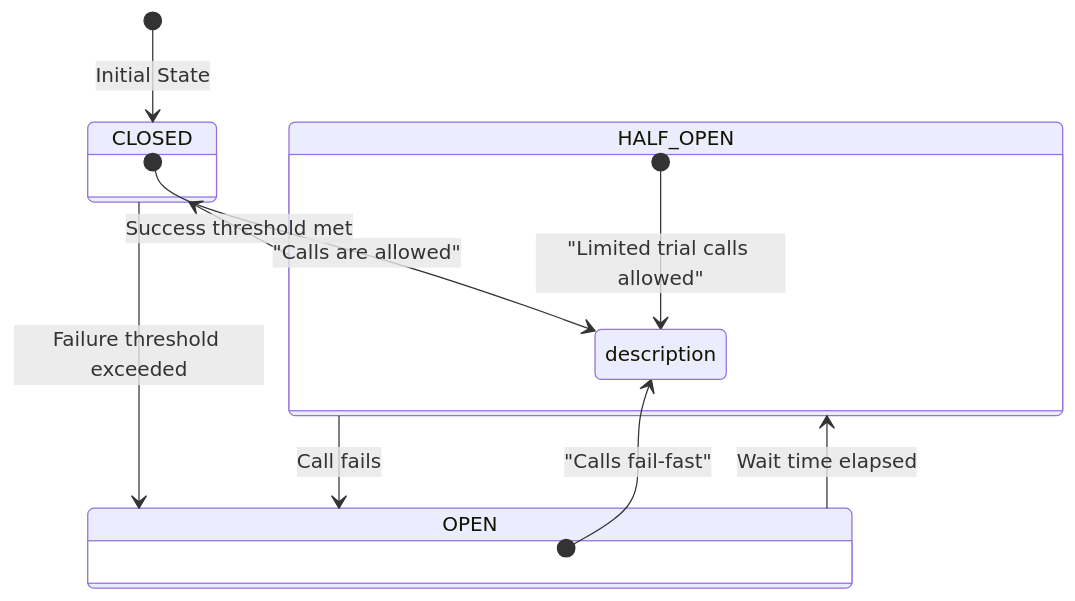
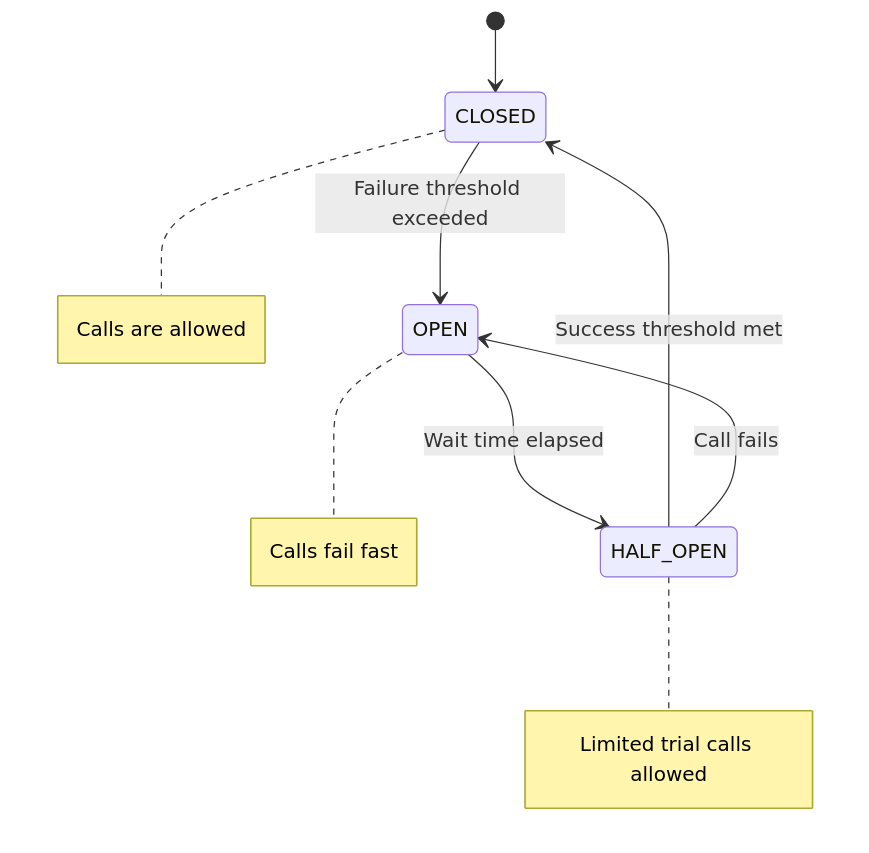
Before and after one commit to nitinkc/nitinkc.github.io: the first of 2 diagrams in _posts/microservices/2025-09-22-resilience4j-spring-boot.md, drawn with Mermaid. The commit also changed 4 other files, not shown here.

Commit message:
mermaid further changes

````diff
--- a/_posts/microservices/2025-09-22-resilience4j-spring-boot.md
+++ b/_posts/microservices/2025-09-22-resilience4j-spring-boot.md
@@ -41,22 +41,19 @@
 ```mermaid
 stateDiagram-v2
-    [*] --> CLOSED: Initial State
+  [*] --> CLOSED
 
-    CLOSED --> OPEN: Failure threshold exceeded
-    OPEN --> HALF_OPEN: Wait time elapsed
-    HALF_OPEN --> CLOSED: Success threshold met
-    HALF_OPEN --> OPEN: Call fails
+  CLOSED --> OPEN: Failure threshold exceeded
+  OPEN --> HALF_OPEN: Wait time elapsed
+  HALF_OPEN --> CLOSED: Success threshold met
+  HALF_OPEN --> OPEN: Call fails
 
-    state CLOSED {
-        direction LR
-        [*] --> description: "Calls are allowed"
-    }
-    state OPEN {
-        direction LR
-        [*] --> description: "Calls fail-fast"
-    }
-    state HALF_OPEN {
-        direction LR
-        [*] --> description: "Limited trial calls allowed"
-    }
+  note right of CLOSED
+    Calls are allowed
+  end note
+  note right of OPEN
+    Calls fail fast
+  end note
+  note right of HALF_OPEN
+    Limited trial calls allowed
+  end note
 ```
````
